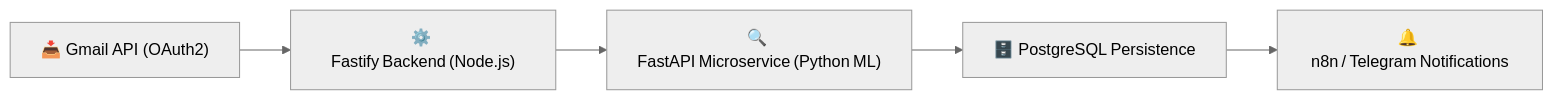
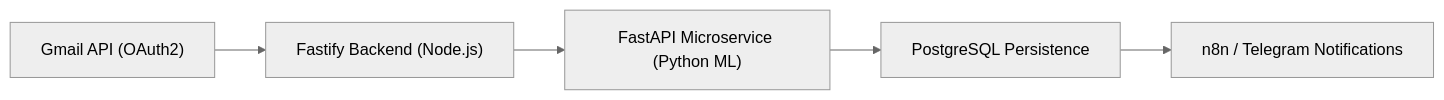
The diagram in docs/index.md (gtovar/email-cleaner-fastify), drawn with Mermaid (neutral theme) before and after one commit. The commit also changed other lines of this file and 4 other files, not shown here.

````diff
--- a/docs/index.md
+++ b/docs/index.md
@@ -15,7 +15,7 @@
 ```mermaid
 flowchart LR
-    A["📥 Gmail API (OAuth2)"] --> B["⚙️ Fastify Backend (Node.js)"]
-    B --> C["🔍 FastAPI Microservice (Python ML)"]
-    C --> D["🗄️ PostgreSQL Persistence"]
-    D --> E["🔔 n8n / Telegram Notifications"]
+    A["Gmail API (OAuth2)"] --> B["Fastify Backend (Node.js)"]
+    B --> C["FastAPI Microservice (Python ML)"]
+    C --> D["PostgreSQL Persistence"]
+    D --> E["n8n / Telegram Notifications"]
 ```
````
